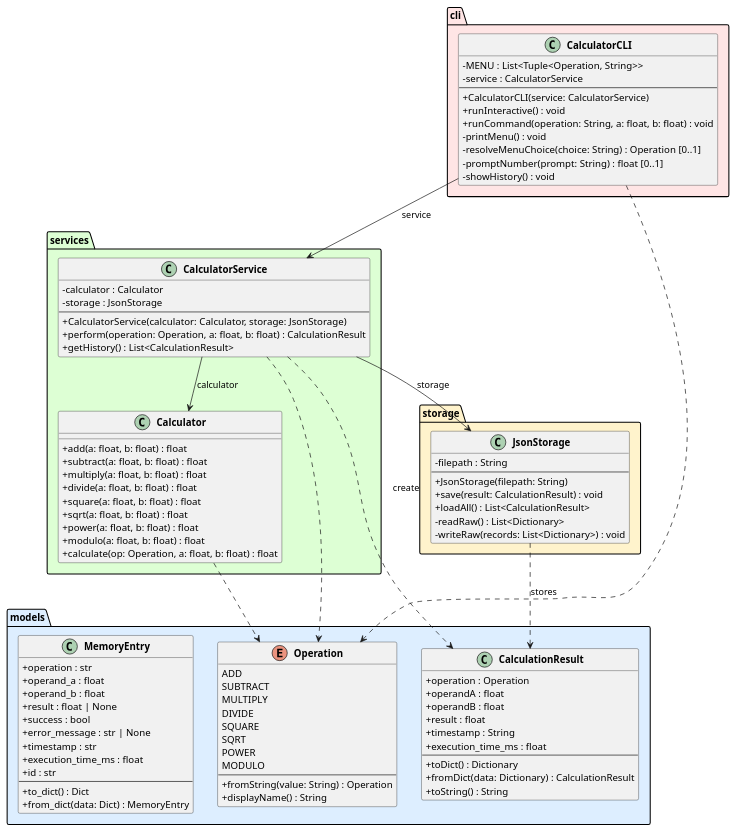
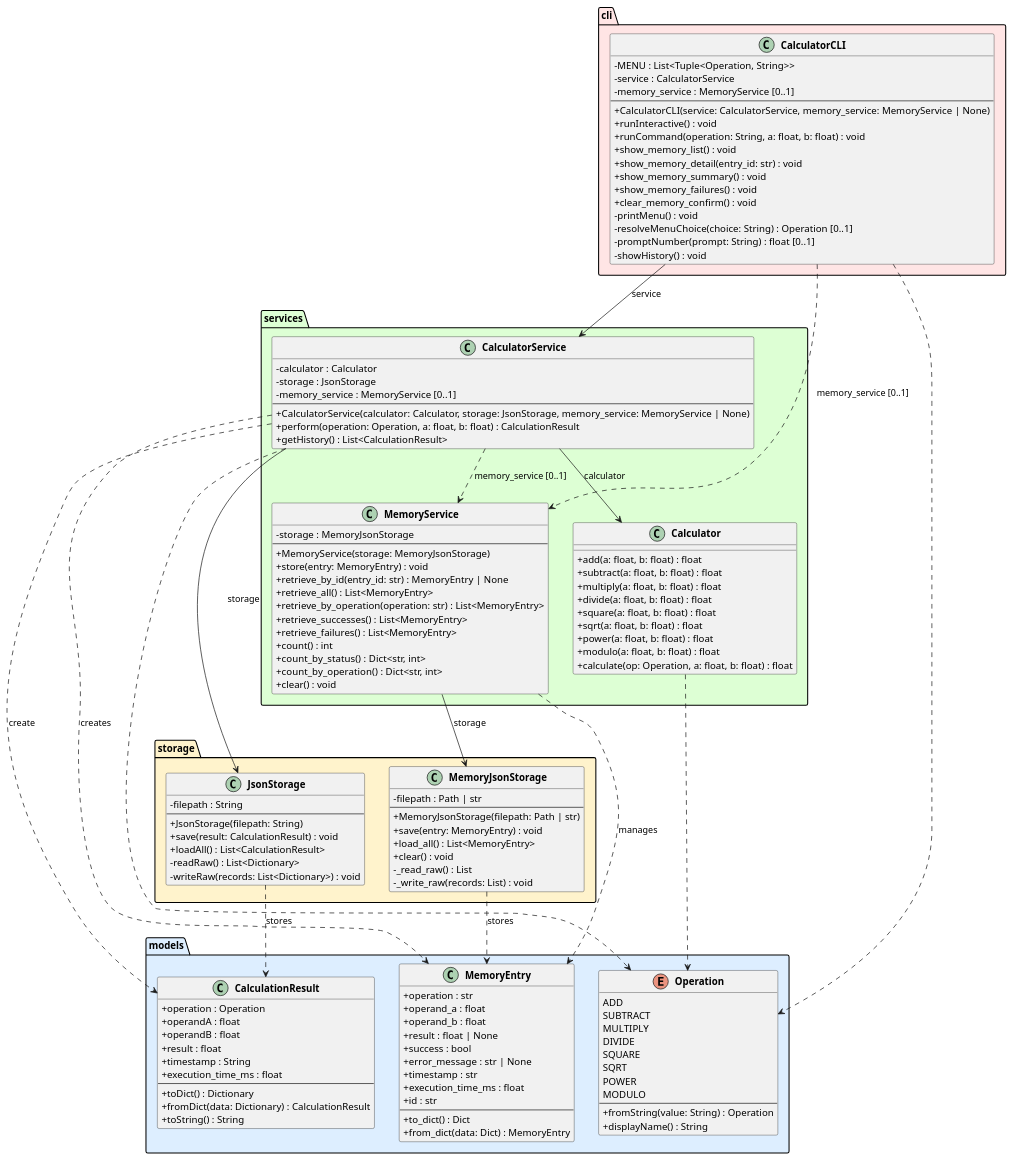
The diagram in experiments/supervisor_as_tools/structured_text/calculator/artifacts/class_diagram.puml (DanielRiha8906/Software_autoevolution_using_agents), drawn with PlantUML before and after one commit. The commit also changed 14 other files, not shown here.

```diff
--- a/experiments/supervisor_as_tools/structured_text/calculator/artifacts/class_diagram.puml
+++ b/experiments/supervisor_as_tools/structured_text/calculator/artifacts/class_diagram.puml
@@ -1,110 +1,150 @@
 @startuml class_diagram
 
 skinparam classAttributeIconSize 0
 skinparam classFontStyle bold
 
 package "models" #DDEEFF {
     enum Operation {
         ADD
         SUBTRACT
         MULTIPLY
         DIVIDE
         SQUARE
         SQRT
         POWER
         MODULO
         --
         +fromString(value: String) : Operation
         +displayName() : String
     }
 
     class CalculationResult {
         +operation : Operation
         +operandA : float
         +operandB : float
         +result : float
         +timestamp : String
         +execution_time_ms : float
         --
         +toDict() : Dictionary
         +fromDict(data: Dictionary) : CalculationResult
         +toString() : String
     }
 
     class MemoryEntry {
         +operation : str
         +operand_a : float
         +operand_b : float
         +result : float | None
         +success : bool
         +error_message : str | None
         +timestamp : str
         +execution_time_ms : float
         +id : str
         --
         +to_dict() : Dict
         +from_dict(data: Dict) : MemoryEntry
     }
 }
 
 package "services" #DDFFD4 {
     class Calculator {
         +add(a: float, b: float) : float
         +subtract(a: float, b: float) : float
         +multiply(a: float, b: float) : float
         +divide(a: float, b: float) : float
         +square(a: float, b: float) : float
         +sqrt(a: float, b: float) : float
         +power(a: float, b: float) : float
         +modulo(a: float, b: float) : float
         +calculate(op: Operation, a: float, b: float) : float
     }
 
     class CalculatorService {
         -calculator : Calculator
         -storage : JsonStorage
+        -memory_service : MemoryService [0..1]
         --
-        +CalculatorService(calculator: Calculator, storage: JsonStorage)
+        +CalculatorService(calculator: Calculator, storage: JsonStorage, memory_service: MemoryService | None)
         +perform(operation: Operation, a: float, b: float) : CalculationResult
         +getHistory() : List<CalculationResult>
+    }
+
+    class MemoryService {
+        -storage : MemoryJsonStorage
+        --
+        +MemoryService(storage: MemoryJsonStorage)
+        +store(entry: MemoryEntry) : void
+        +retrieve_by_id(entry_id: str) : MemoryEntry | None
+        +retrieve_all() : List<MemoryEntry>
+        +retrieve_by_operation(operation: str) : List<MemoryEntry>
+        +retrieve_successes() : List<MemoryEntry>
+        +retrieve_failures() : List<MemoryEntry>
+        +count() : int
+        +count_by_status() : Dict<str, int>
+        +count_by_operation() : Dict<str, int>
+        +clear() : void
     }
 }
 
 package "storage" #FFF3CC {
     class JsonStorage {
         -filepath : String
         --
         +JsonStorage(filepath: String)
         +save(result: CalculationResult) : void
         +loadAll() : List<CalculationResult>
         -readRaw() : List<Dictionary>
         -writeRaw(records: List<Dictionary>) : void
     }
+
+    class MemoryJsonStorage {
+        -filepath : Path | str
+        --
+        +MemoryJsonStorage(filepath: Path | str)
+        +save(entry: MemoryEntry) : void
+        +load_all() : List<MemoryEntry>
+        +clear() : void
+        -_read_raw() : List
+        -_write_raw(records: List) : void
+    }
 }
 
 package "cli" #FFE5E5 {
     class CalculatorCLI {
         -MENU : List<Tuple<Operation, String>>
         -service : CalculatorService
+        -memory_service : MemoryService [0..1]
         --
-        +CalculatorCLI(service: CalculatorService)
+        +CalculatorCLI(service: CalculatorService, memory_service: MemoryService | None)
         +runInteractive() : void
         +runCommand(operation: String, a: float, b: float) : void
+        +show_memory_list() : void
+        +show_memory_detail(entry_id: str) : void
+        +show_memory_summary() : void
+        +show_memory_failures() : void
+        +clear_memory_confirm() : void
         -printMenu() : void
         -resolveMenuChoice(choice: String) : Operation [0..1]
         -promptNumber(prompt: String) : float [0..1]
         -showHistory() : void
     }
 }
 
 CalculatorCLI --> CalculatorService : service
+CalculatorCLI ..> MemoryService : memory_service [0..1]
 CalculatorService --> Calculator : calculator
 CalculatorService --> JsonStorage : storage
+CalculatorService ..> MemoryService : memory_service [0..1]
+MemoryService --> MemoryJsonStorage : storage
+MemoryService ..> MemoryEntry : manages
 
 CalculatorService ..> CalculationResult : create
+CalculatorService ..> MemoryEntry : creates
 CalculatorService ..> Operation
 CalculatorCLI ..> Operation
 Calculator ..> Operation
 JsonStorage ..> CalculationResult : stores
+MemoryJsonStorage ..> MemoryEntry : stores
 
 @enduml
```
